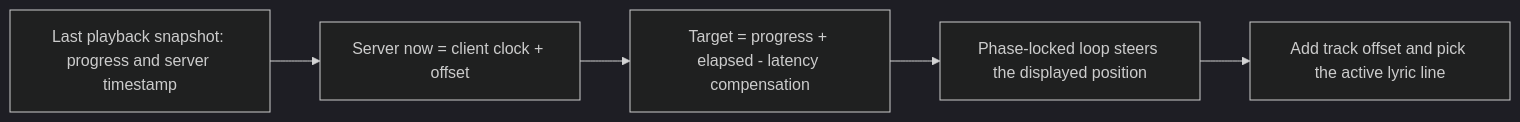
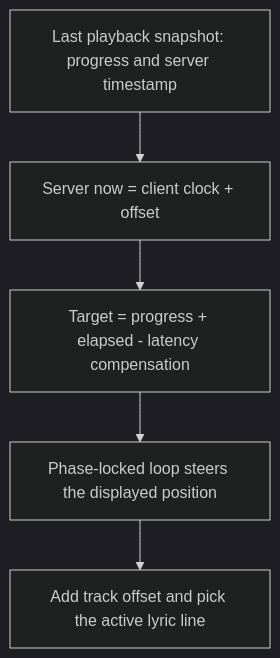
One commit to jav76/Cantus changed the second of 2 diagrams in docs/architecture/ntp-clock-sync.md. Above: the diagram before and after it, drawn with Mermaid (dark theme). The commit also changed other lines of this file and 35 other files, not shown here.

First line of the commit message:
docs: correct drift against source, fix list rendering, drop stale knowledge graph

````diff
--- a/docs/architecture/ntp-clock-sync.md
+++ b/docs/architecture/ntp-clock-sync.md
@@ -77,7 +78,7 @@
 ```mermaid
-flowchart LR
+flowchart TD
     A["Last playback snapshot: progress and server timestamp"] --> B["Server now = client clock + offset"]
     B --> C["Target = progress + elapsed - latency compensation"]
     C --> D["Phase-locked loop steers the displayed position"]
     D --> E["Add track offset and pick the active lyric line"]
 ```
````
